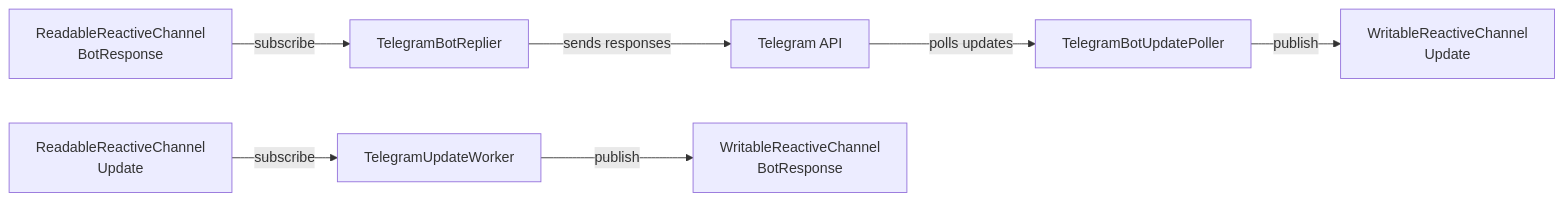
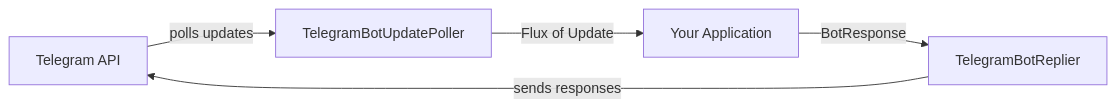
One commit to alimovalisher/telegram changed the diagram in README.md. Above: the diagram before and after it, drawn with Mermaid. The commit also changed other lines of this file and 18 other files, not shown here.

````diff
--- a/README.md
+++ b/README.md
@@ -17,20 +16,13 @@
 ```mermaid
 graph LR
     TG[Telegram API]
 
     Poller[TelegramBotUpdatePoller]
     Replier[TelegramBotReplier]
-    Worker[TelegramUpdateWorker]
-
-    InW[WritableReactiveChannel\nUpdate]
-    InR[ReadableReactiveChannel\nUpdate]
-    OutW[WritableReactiveChannel\nBotResponse]
-    OutR[ReadableReactiveChannel\nBotResponse]
+    App[Your Application]
 
     TG -- polls updates --> Poller
-    Poller -- publish --> InW
-    InR -- subscribe --> Worker
-    Worker -- publish --> OutW
-    OutR -- subscribe --> Replier
+    Poller -- Flux of Update --> App
+    App -- BotResponse --> Replier
     Replier -- sends responses --> TG
 ```
````
